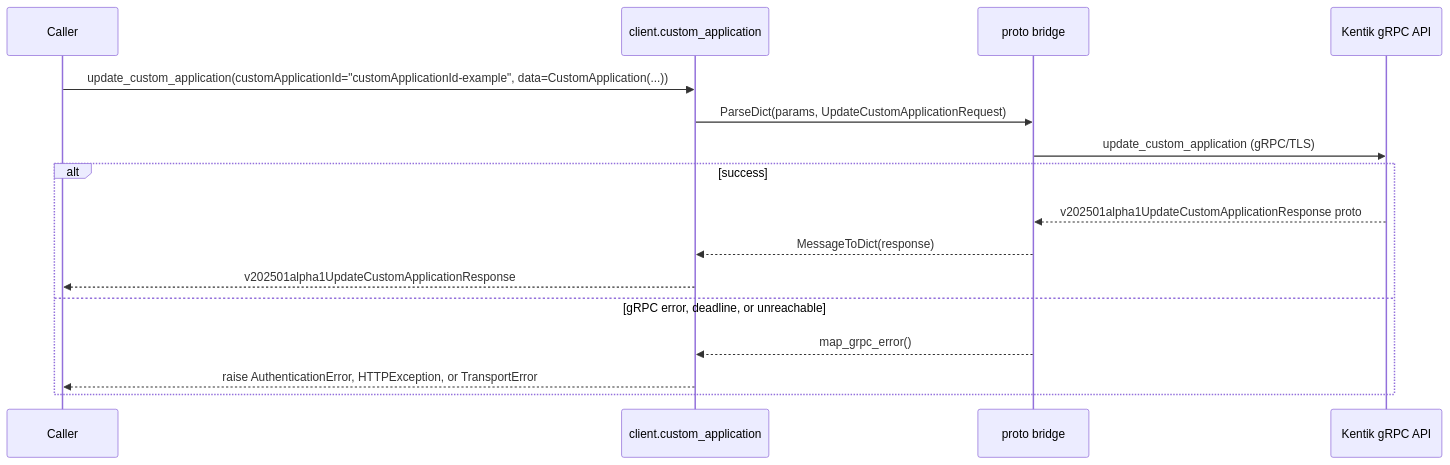
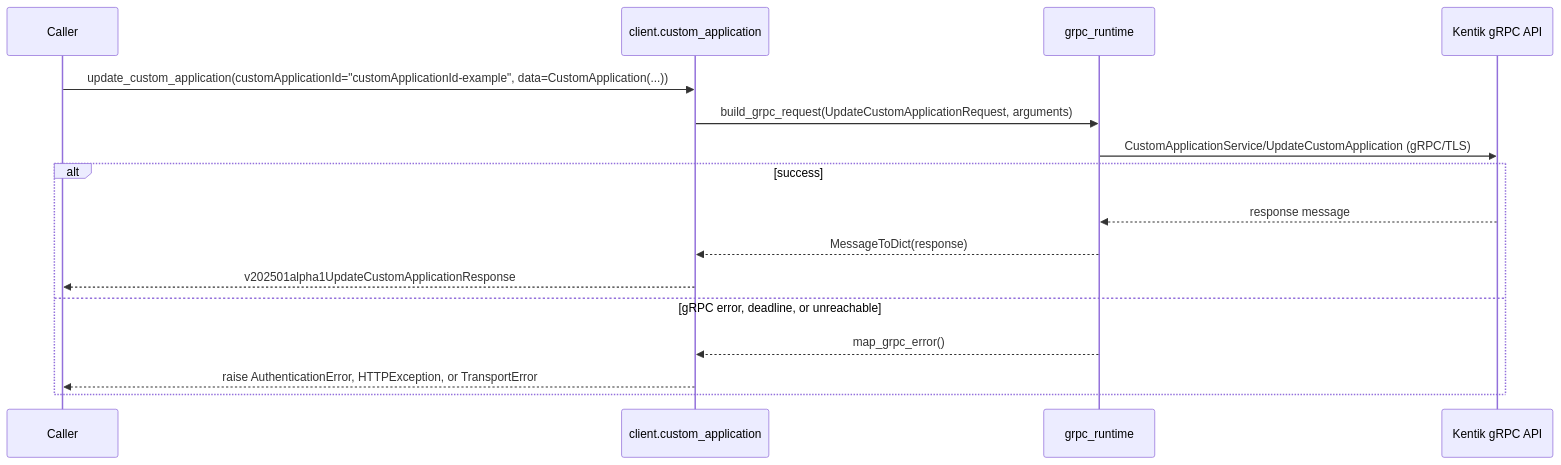
The ninth of 12 diagrams in docs/sphinx/services/custom_application.md (alexdearaujo/community_sdk_python), drawn with Mermaid before and after one commit. The commit also changed other lines of this file and 37 other files, not shown here.

First line of the commit message:
docs: show the real RPC in each service page's gRPC diagram

````diff
--- a/docs/sphinx/services/custom_application.md
+++ b/docs/sphinx/services/custom_application.md
@@ -279,19 +279,19 @@
 ```mermaid
 sequenceDiagram
     participant C as Caller
     participant W as client.custom_application
-    participant B as proto bridge
+    participant R as grpc_runtime
     participant API as Kentik gRPC API
 
     C->>W: update_custom_application(customApplicationId="customApplicationId-example", data=CustomApplication(...))
-    W->>B: ParseDict(params, UpdateCustomApplicationRequest)
-    B->>API: update_custom_application (gRPC/TLS)
+    W->>R: build_grpc_request(UpdateCustomApplicationRequest, arguments)
+    R->>API: CustomApplicationService/UpdateCustomApplication (gRPC/TLS)
     alt success
-        API-->>B: v202501alpha1UpdateCustomApplicationResponse proto
-        B-->>W: MessageToDict(response)
+        API-->>R: response message
+        R-->>W: MessageToDict(response)
         W-->>C: v202501alpha1UpdateCustomApplicationResponse
     else gRPC error, deadline, or unreachable
-        B-->>W: map_grpc_error()
+        R-->>W: map_grpc_error()
         W-->>C: raise AuthenticationError, HTTPException, or TransportError
     end
 ```
````
